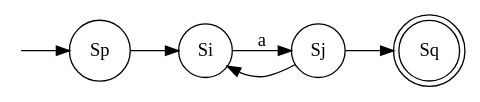
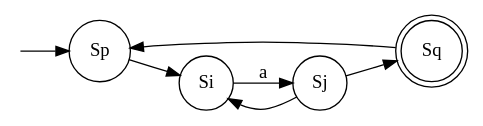
The diagram in img/02/NFAastar.dot (obcode/compiler), drawn with Graphviz before and after one commit. The commit also changed 1 other file, not shown here.

```diff
--- a/img/02/NFAastar.dot
+++ b/img/02/NFAastar.dot
@@ -1,12 +1,13 @@
 digraph finite_state_machine {
     rankdir=LR;
     size="8,5"
     node [shape = point, color=white, fontcolor=white]; start;
     node [shape = doublecircle, color=black, fontcolor=black]; Sq;
     node [shape = circle];
     start -> Sp;
     Sp -> Si;
     Si -> Sj [ label = "a" ];
     Sj -> Si [ label = " " ];
     Sj -> Sq;
+    Sq -> Sp;
 }
```
